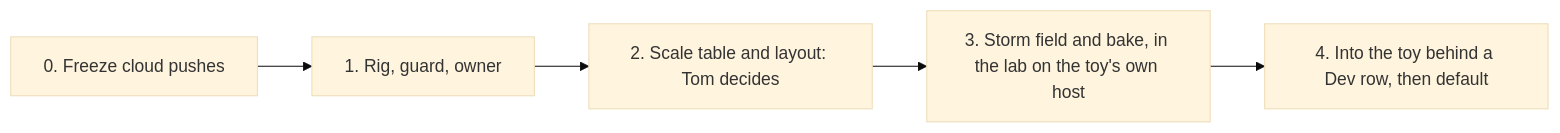
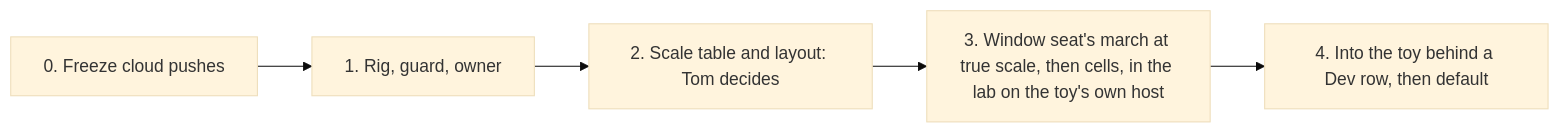
One commit to TomVDH/stimming changed the diagram in docs/plans/railgun-clouds-review.md. Above: the diagram before and after it, drawn with Mermaid (base theme). The commit also changed other lines of this file and 2 other files, not shown here.

````diff
--- a/docs/plans/railgun-clouds-review.md
+++ b/docs/plans/railgun-clouds-review.md
@@ -182,7 +183,7 @@
 ```mermaid
 flowchart LR
   F[0. Freeze cloud pushes] --> R[1. Rig, guard, owner]
   R --> S[2. Scale table and layout: Tom decides]
-  S --> L[3. Storm field and bake, in the lab on the toy's own host]
+  S --> L[3. Window seat's march at true scale, then cells, in the lab on the toy's own host]
   L --> T[4. Into the toy behind a Dev row, then default]
 ```
````
